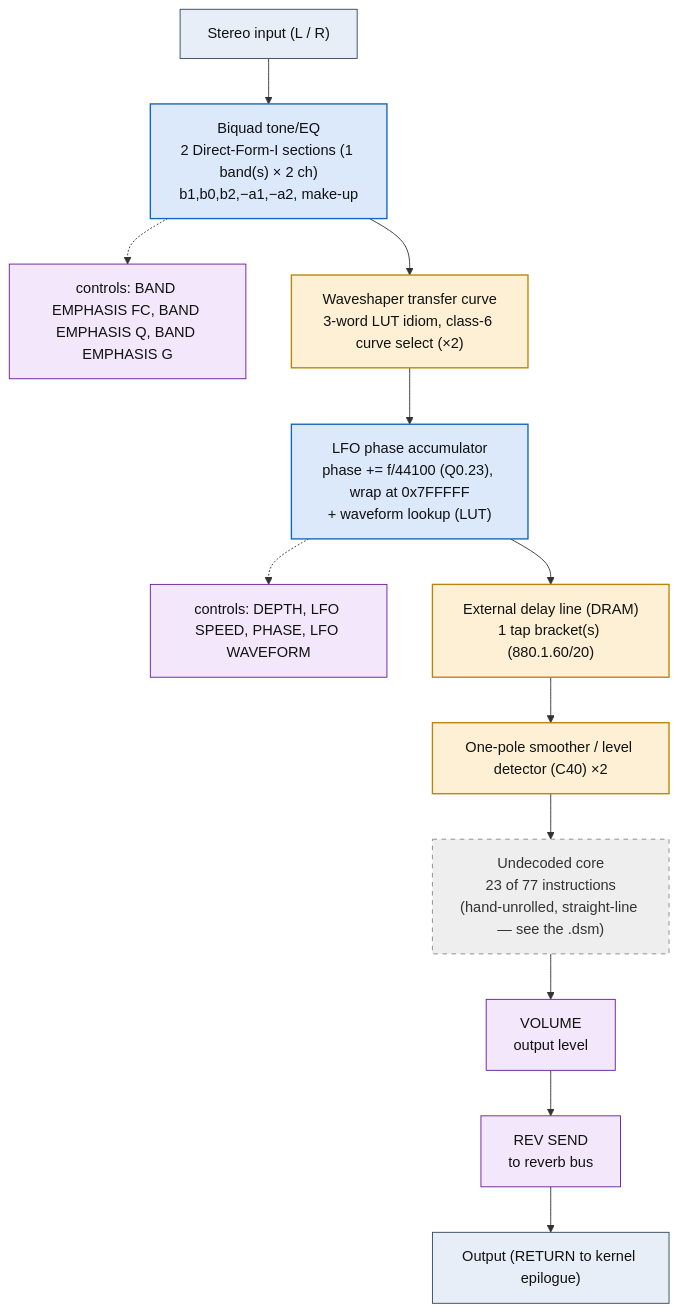
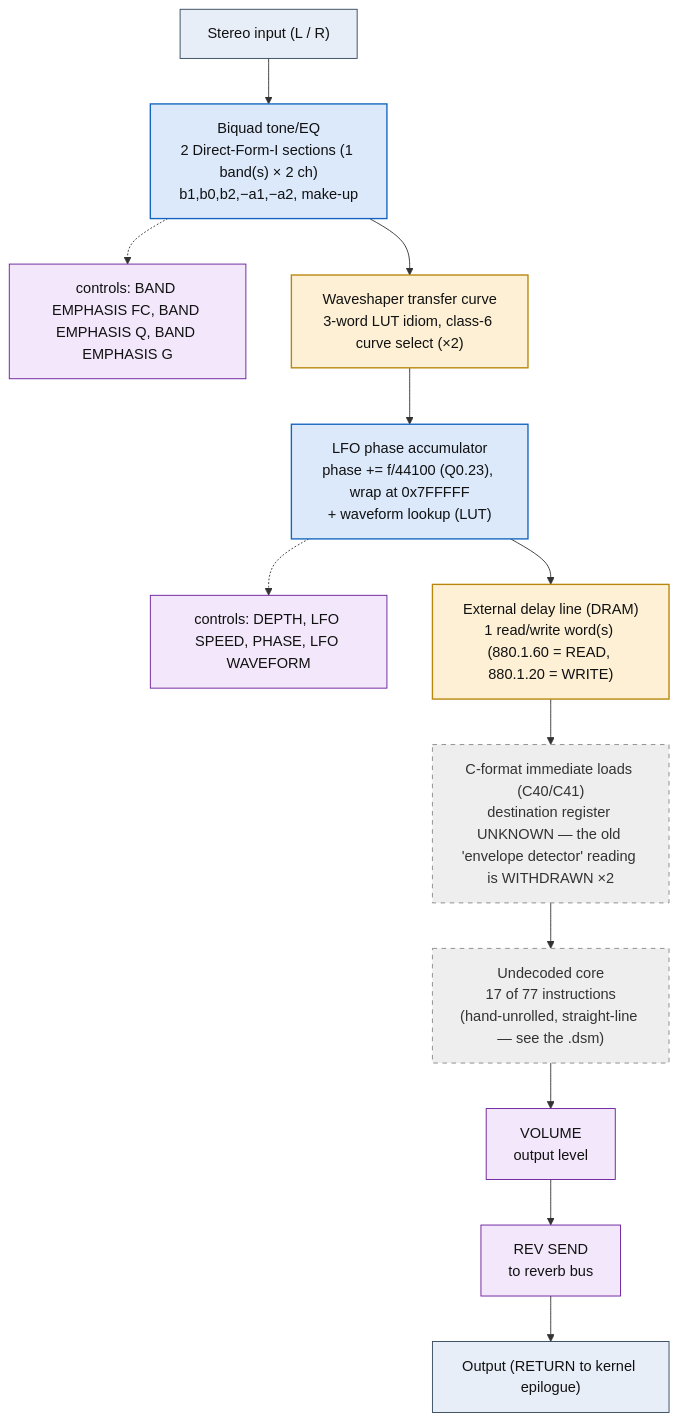
One commit to ArqueologiaDigital/KN5000-docs changed the diagram in flowcharts/prog74_peq_vibrato.md. Above: the diagram before and after it, drawn with Mermaid. The commit also changed other lines of this file and 38 other files, not shown here.

First line of the commit message:
flowcharts: withdraw the envelope-detector reading, decode the DRAM accesses

````diff
--- a/flowcharts/prog74_peq_vibrato.md
+++ b/flowcharts/prog74_peq_vibrato.md
@@ -19,38 +19,38 @@
 ```mermaid
 flowchart TD
     N0["Stereo input (L / R)"]
     N1["Biquad tone/EQ<br/>2 Direct-Form-I sections (1 band(s) &times; 2 ch)<br/>b1,b0,b2,&minus;a1,&minus;a2, make-up"]
     N0 --> N1
     N2["controls: BAND EMPHASIS FC, BAND EMPHASIS Q, BAND EMPHASIS G"]
     N1 -.-> N2
     N3["Waveshaper transfer curve<br/>3-word LUT idiom, class-6 curve select (&times;2)"]
     N1 --> N3
     N4["LFO phase accumulator<br/>phase += f/44100 (Q0.23), wrap at 0x7FFFFF<br/>+ waveform lookup (LUT)"]
     N3 --> N4
     N5["controls: DEPTH, LFO SPEED, PHASE, LFO WAVEFORM"]
     N4 -.-> N5
-    N6["External delay line (DRAM)<br/>1 tap bracket(s) (880.1.60/20)"]
+    N6["External delay line (DRAM)<br/>1 read/write word(s) (880.1.60 = READ, 880.1.20 = WRITE)"]
     N4 --> N6
-    N7["One-pole smoother / level detector (C40) &times;2"]
+    N7["C-format immediate loads (C40/C41)<br/>destination register UNKNOWN &mdash; the old 'envelope detector' reading is WITHDRAWN &times;2"]
     N6 --> N7
-    N8["Undecoded core<br/>23 of 77 instructions<br/>(hand-unrolled, straight-line &mdash; see the .dsm)"]
+    N8["Undecoded core<br/>17 of 77 instructions<br/>(hand-unrolled, straight-line &mdash; see the .dsm)"]
     N7 --> N8
     N9["VOLUME<br/>output level"]
     N8 --> N9
     N10["REV SEND<br/>to reverb bus"]
     N9 --> N10
     N11["Output (RETURN to kernel epilogue)"]
     N10 --> N11
 
     classDef io fill:#e8eef7,stroke:#33475b,stroke-width:1px,color:#111;
     classDef proven fill:#d7f0d7,stroke:#2e7d32,stroke-width:2px,color:#111;
     classDef measured fill:#dbe9fb,stroke:#1565c0,stroke-width:1.5px,color:#111;
     classDef inferred fill:#fdf0d5,stroke:#b8860b,stroke-width:1.5px,color:#111;
     classDef open fill:#eeeeee,stroke:#888,stroke-width:1px,color:#333,stroke-dasharray:5 5;
     classDef ctrl fill:#f3e8fb,stroke:#6a1b9a,stroke-width:1px,color:#111;
     class N0,N11 io;
     class N1,N4 measured;
     class N2,N5,N9,N10 ctrl;
-    class N3,N6,N7 inferred;
-    class N8 open;
+    class N3,N6 inferred;
+    class N7,N8 open;
 ```
````
